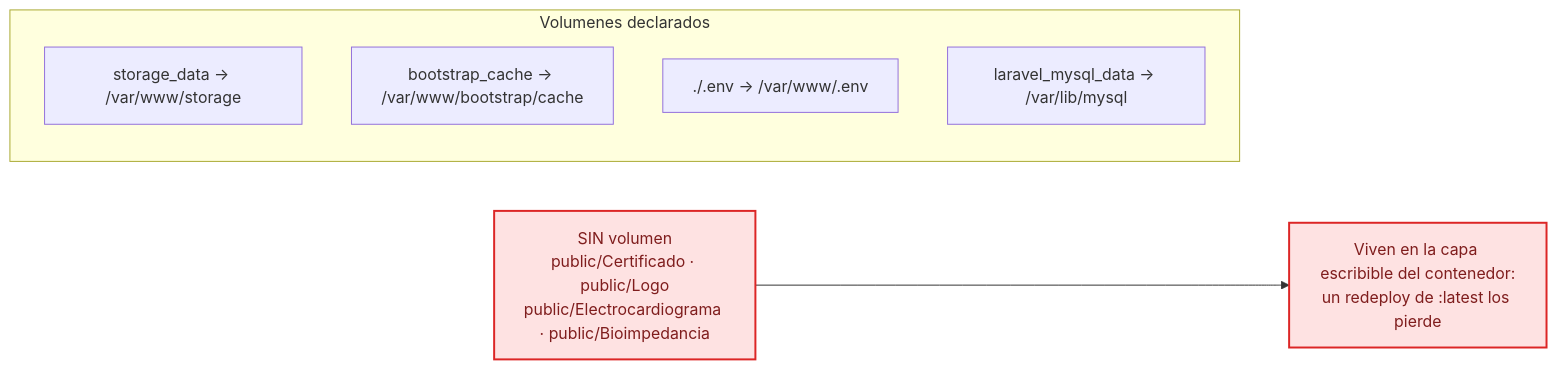
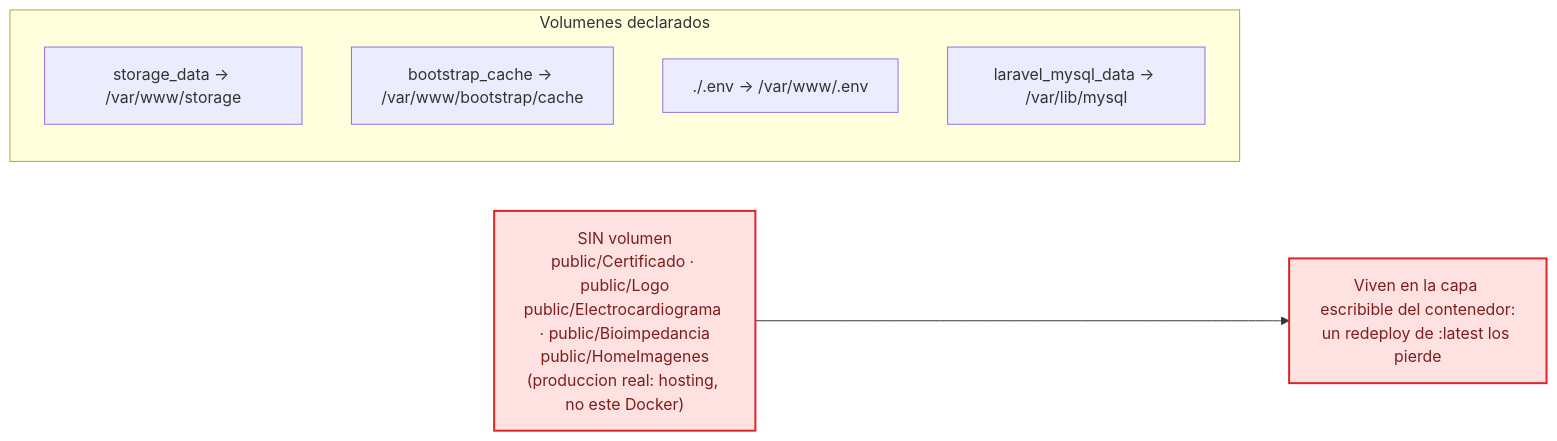
The sixth of 6 diagrams in docs/arquitectura.md (Nruz-app/laravel-back-end-ergosanitas-app), drawn with Mermaid before and after one commit. The commit also changed other lines of this file and 15 other files, not shown here.

````diff
--- a/docs/arquitectura.md
+++ b/docs/arquitectura.md
@@ -298,16 +305,16 @@
 ```mermaid
 flowchart LR
     subgraph vol["Volumenes declarados"]
         V1["storage_data → /var/www/storage"]
         V2["bootstrap_cache → /var/www/bootstrap/cache"]
         V3["./.env → /var/www/.env"]
         V4["laravel_mysql_data → /var/lib/mysql"]
     end
 
-    P["SIN volumen<br/>public/Certificado · public/Logo<br/>public/Electrocardiograma · public/Bioimpedancia"]
+    P["SIN volumen<br/>public/Certificado · public/Logo<br/>public/Electrocardiograma · public/Bioimpedancia<br/>public/HomeImagenes<br/>(produccion real: hosting, no este Docker)"]
     P --> PERDIDA["Viven en la capa escribible del contenedor:<br/>un redeploy de :latest los pierde"]
 
     P:::danger
     PERDIDA:::danger
     classDef danger fill:#fee2e2,stroke:#dc2626,stroke-width:2px,color:#7f1d1d
 ```
````
